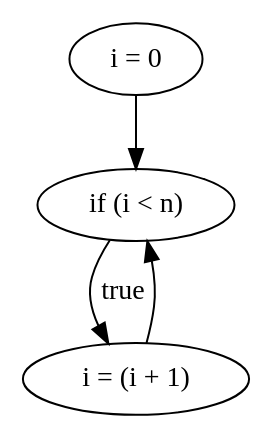
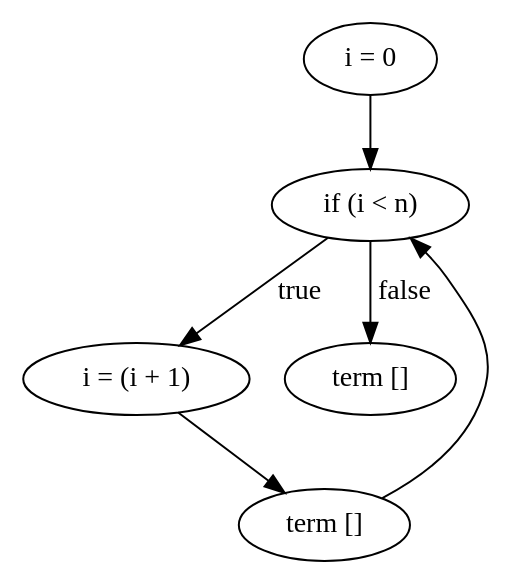
Before and after one commit to WorldofKerry/ToHDL: the diagram in graph.dot, drawn with Graphviz. The commit also changed 2 other files, not shown here.

```diff
--- a/graph.dot
+++ b/graph.dot
@@ -1,8 +1,12 @@
 digraph {
     0 [ label = "i = 0" ]
     1 [ label = "if (i < n)" ]
     2 [ label = "i = (i + 1)" ]
+    3 [ label = "term []" ]
+    4 [ label = "term []" ]
     0 -> 1 [ label = "" ]
     1 -> 2 [ label = "true" ]
-    2 -> 1 [ label = "" ]
+    2 -> 3 [ label = "" ]
+    3 -> 1 [ label = "" ]
+    1 -> 4 [ label = "false" ]
 }
```
